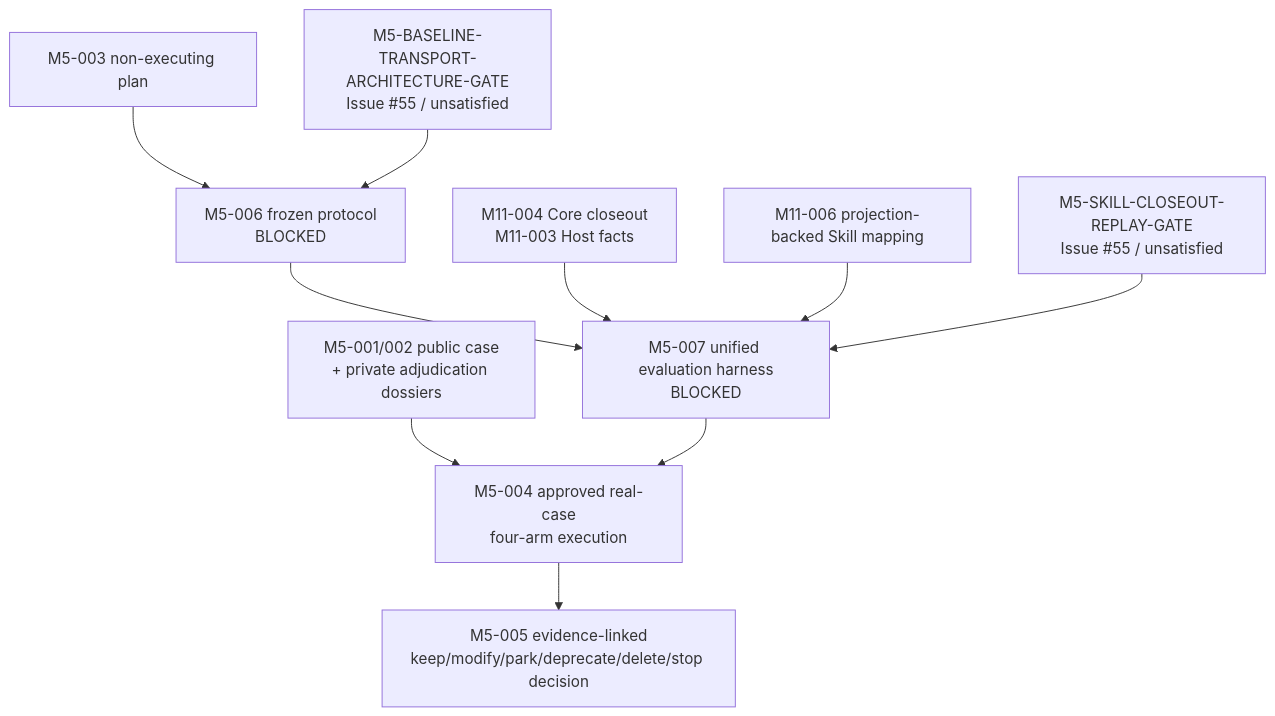
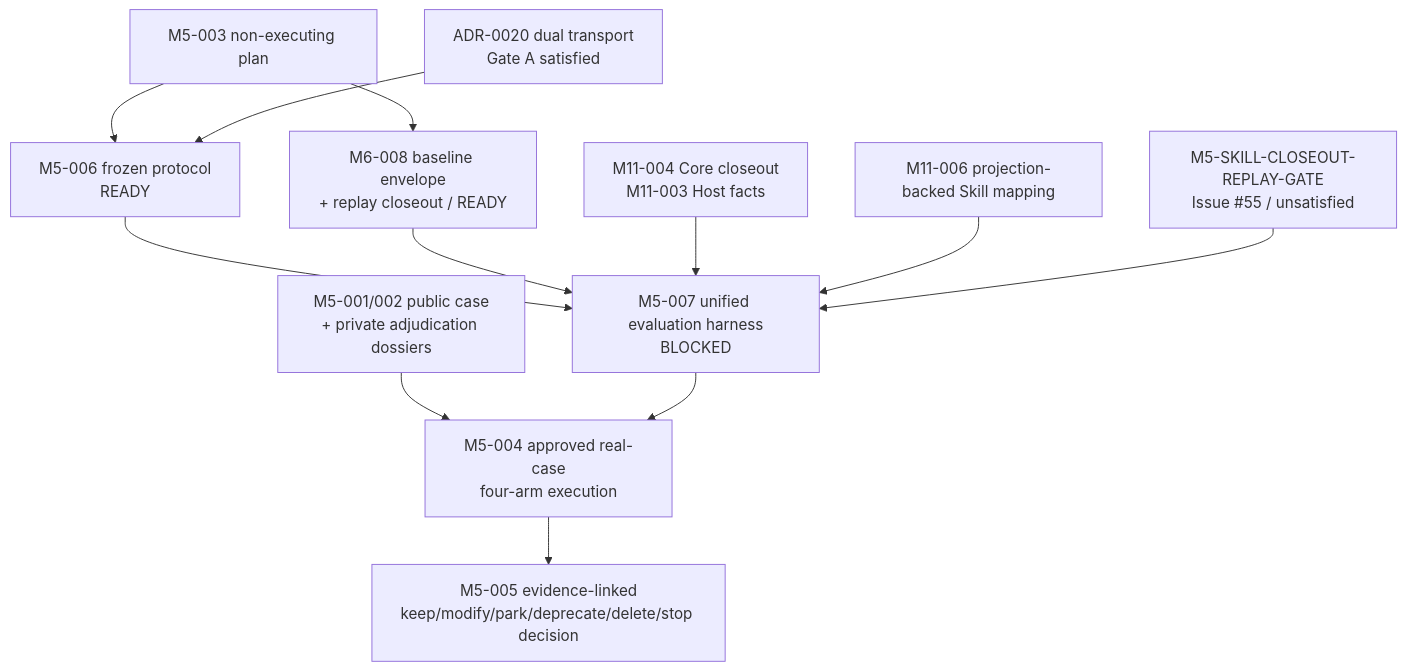
One commit to Chengyue-Lu/research-agent-workbench changed the second of 2 diagrams in docs/DEVELOPER_ARCHITECTURE_MAP.md. Above: the diagram before and after it, drawn with Mermaid. The commit also changed other lines of this file and 11 other files, not shown here.

Commit message:
docs(phase-d): accept dual-transport evaluation entry

````diff
--- a/docs/DEVELOPER_ARCHITECTURE_MAP.md
+++ b/docs/DEVELOPER_ARCHITECTURE_MAP.md
@@ -407,12 +407,14 @@
 ```mermaid
 flowchart TD
-    M5003["M5-003 non-executing plan"] --> M5006["M5-006 frozen protocol<br/>BLOCKED"]
-    BTG["M5-BASELINE-TRANSPORT-ARCHITECTURE-GATE<br/>Issue #55 / unsatisfied"] --> M5006
+    M5003["M5-003 non-executing plan"] --> M5006["M5-006 frozen protocol<br/>READY"]
+    BTG["ADR-0020 dual transport<br/>Gate A satisfied"] --> M5006
     M5006 --> M5007["M5-007 unified evaluation harness<br/>BLOCKED"]
+    M5003 --> M6008
+    M6008["M6-008 baseline envelope<br/>+ replay closeout / READY"] --> M5007
     M1104["M11-004 Core closeout<br/>M11-003 Host facts"] --> M5007
     M1106["M11-006 projection-backed Skill mapping"] --> M5007
     SCG["M5-SKILL-CLOSEOUT-REPLAY-GATE<br/>Issue #55 / unsatisfied"] --> M5007
     M5001["M5-001/002 public case<br/>+ private adjudication dossiers"] --> M5004["M5-004 approved real-case<br/>four-arm execution"]
     M5007 --> M5004
     M5004 --> M5005["M5-005 evidence-linked<br/>keep/modify/park/deprecate/delete/stop decision"]
 ```
````
